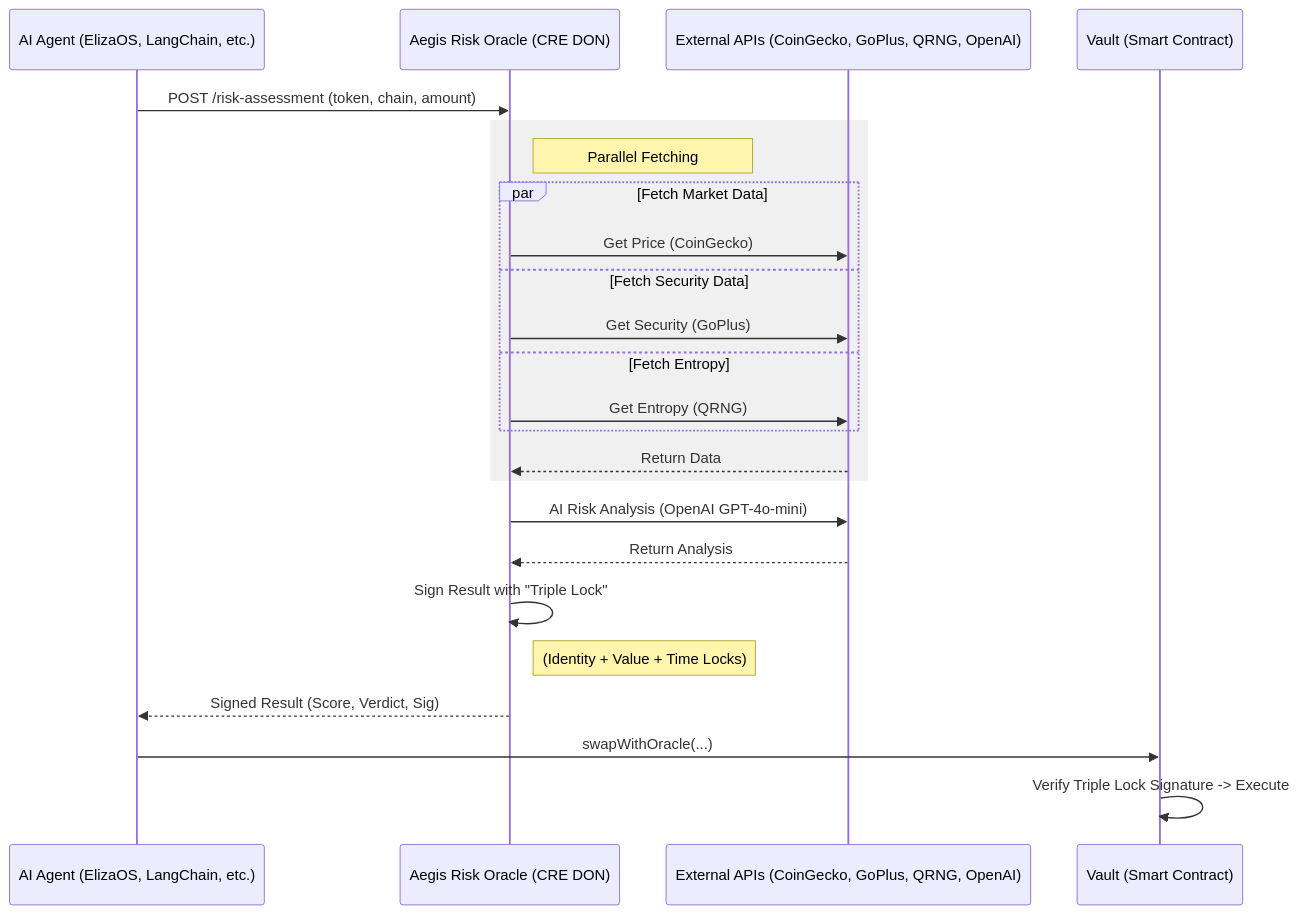
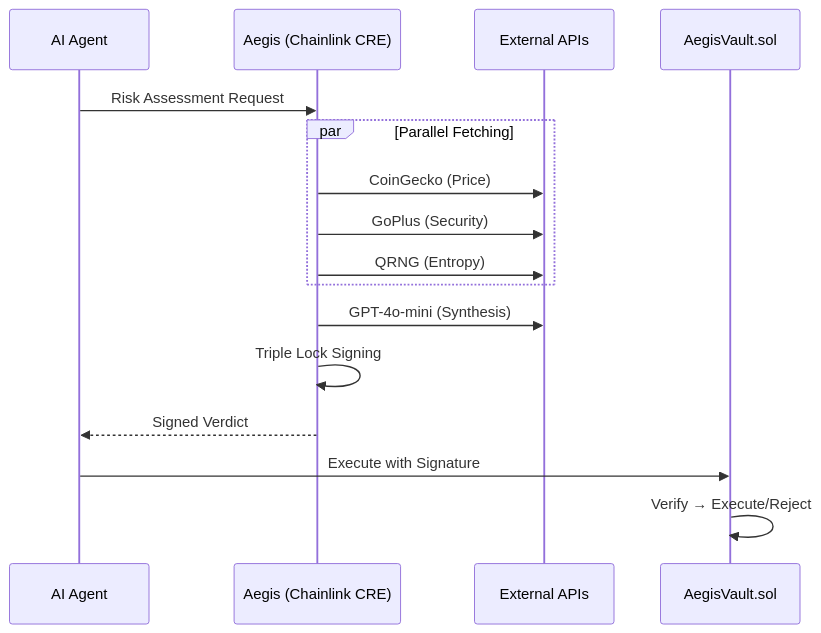
The diagram in README.md (vjb/aegis-risk-oracle), drawn with Mermaid before and after one commit. The commit also changed other lines of this file, not shown here.

Commit message:
docs: condense README for hackathon - 416 lines -> ~130 lines - Chainlink files highlighted upfront for judges - Single architecture diagram - CRE best practices table - Quick start commands

````diff
--- a/README.md
+++ b/README.md
@@ -118,31 +33,21 @@
 ```mermaid
 sequenceDiagram
-    participant Agent as AI Agent (ElizaOS, LangChain, etc.)
-    participant Oracle as Aegis Risk Oracle (CRE DON)
-    participant APIs as External APIs (CoinGecko, GoPlus, QRNG, OpenAI)
-    participant Vault as Vault (Smart Contract)
+    participant Agent as AI Agent
+    participant CRE as Aegis (Chainlink CRE)
+    participant APIs as External APIs
+    participant Vault as AegisVault.sol
 
-    Agent->>Oracle: POST /risk-assessment (token, chain, amount)
+    Agent->>CRE: Risk Assessment Request
     
-    rect rgb(240, 240, 240)
-    note right of Oracle: Parallel Fetching
-    par Fetch Market Data
-        Oracle->>APIs: Get Price (CoinGecko)
-    and Fetch Security Data
-        Oracle->>APIs: Get Security (GoPlus)
-    and Fetch Entropy
-        Oracle->>APIs: Get Entropy (QRNG)
+    par Parallel Fetching
+        CRE->>APIs: CoinGecko (Price)
+        CRE->>APIs: GoPlus (Security)
+        CRE->>APIs: QRNG (Entropy)
     end
-    APIs-->>Oracle: Return Data
-    end
-
-    Oracle->>APIs: AI Risk Analysis (OpenAI GPT-4o-mini)
-    APIs-->>Oracle: Return Analysis
     
-    Oracle->>Oracle: Sign Result with "Triple Lock"
-    Note right of Oracle: (Identity + Value + Time Locks)
-    Oracle-->>Agent: Signed Result (Score, Verdict, Sig)
-    
-    Agent->>Vault: swapWithOracle(...)
-    Vault->>Vault: Verify Triple Lock Signature -> Execute
+    CRE->>APIs: GPT-4o-mini (Synthesis)
+    CRE->>CRE: Triple Lock Signing
+    CRE-->>Agent: Signed Verdict
+    Agent->>Vault: Execute with Signature
+    Vault->>Vault: Verify → Execute/Reject
 ```
````
